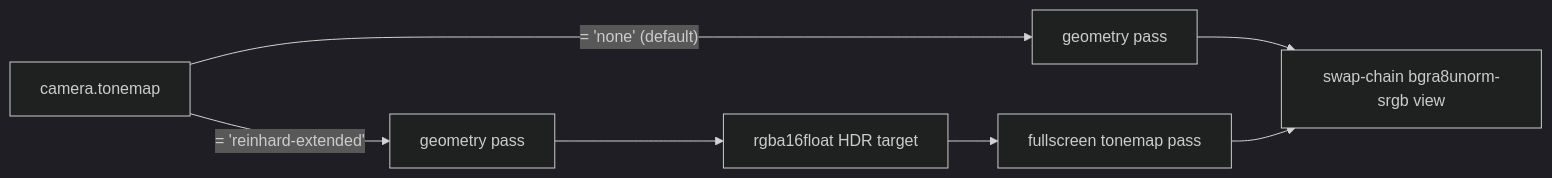
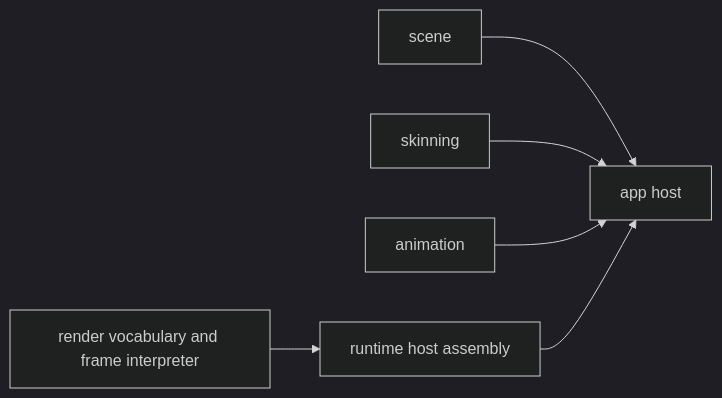
The diagram in packages/engine/packages/runtime/README.md (ForgeaX-Games/forgeax-editor), drawn with Mermaid (dark theme) before and after one commit. The commit also changed other lines of this file and 1225 other files, not shown here.

````diff
--- a/packages/engine/packages/runtime/README.md
+++ b/packages/engine/packages/runtime/README.md
@@ -533,10 +47,8 @@
 ```mermaid
 flowchart LR
-    Cam["camera.tonemap"]
-    Cam -->|"= 'none' (default)"| Geo1["geometry pass"]
-    Cam -->|"= 'reinhard-extended'"| Geo2["geometry pass"]
-    Geo1 --> Swap["swap-chain bgra8unorm-srgb view"]
-    Geo2 --> HDR["rgba16float HDR target"]
-    HDR --> Tone["fullscreen tonemap pass"]
-    Tone --> Swap
+  Scene["scene"] --> App["app host"]
+  Skinning["skinning"] --> App
+  Animation["animation"] --> App
+  Render["render vocabulary and frame interpreter"] --> Runtime["runtime host assembly"]
+  Runtime --> App
 ```
````
